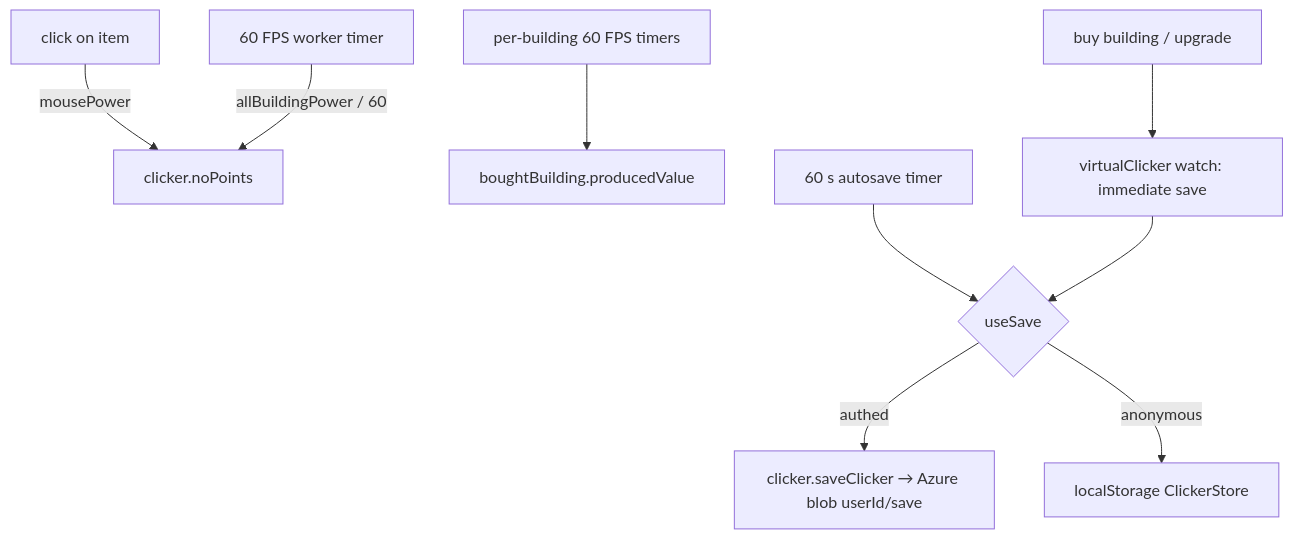
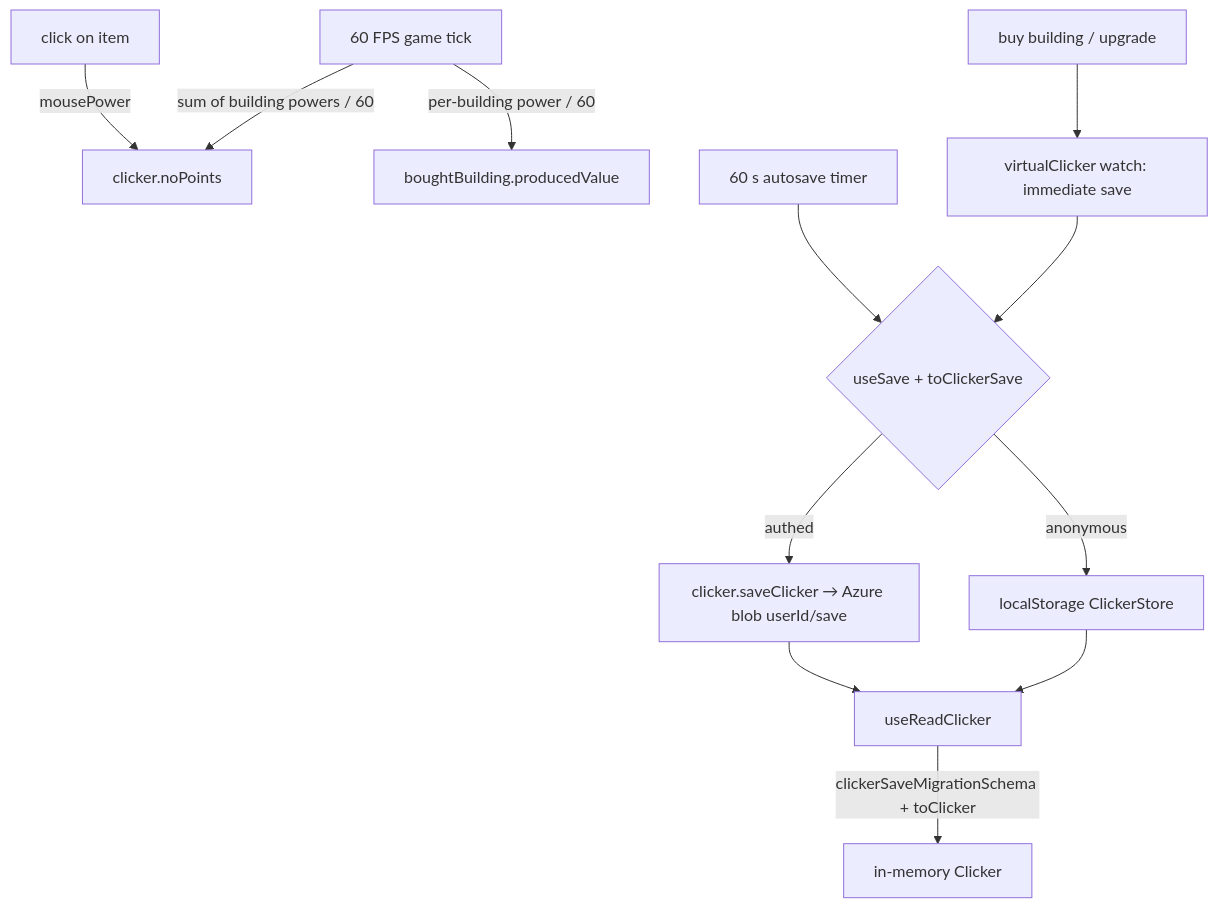
The diagram in packages/app/content/docs/clicker/game-loop-and-saves.md (Esposter/Esposter), drawn with Mermaid before and after one commit. The commit also changed other lines of this file and 32 other files, not shown here.

First line of the commit message:
feat: clicker core refactors - normalized saves, single game tick, exponential prices

````diff
--- a/packages/app/content/docs/clicker/game-loop-and-saves.md
+++ b/packages/app/content/docs/clicker/game-loop-and-saves.md
@@ -20,11 +19,14 @@
 ```mermaid
 flowchart TD
   click[click on item] -->|mousePower| points[clicker.noPoints]
-  tick[60 FPS worker timer] -->|allBuildingPower / 60| points
-  stat[per-building 60 FPS timers] --> produced[boughtBuilding.producedValue]
+  tick[60 FPS game tick] -->|sum of building powers / 60| points
+  tick -->|per-building power / 60| produced[boughtBuilding.producedValue]
   buy[buy building / upgrade] --> save60[virtualClicker watch: immediate save]
   auto[60 s autosave timer] --> persist
-  save60 --> persist{useSave}
+  save60 --> persist{useSave + toClickerSave}
   persist -->|authed| blob[clicker.saveClicker → Azure blob userId/save]
   persist -->|anonymous| ls[localStorage ClickerStore]
+  blob --> load[useReadClicker]
+  ls --> load
+  load -->|clickerSaveMigrationSchema + toClicker| clicker[in-memory Clicker]
 ```
````
